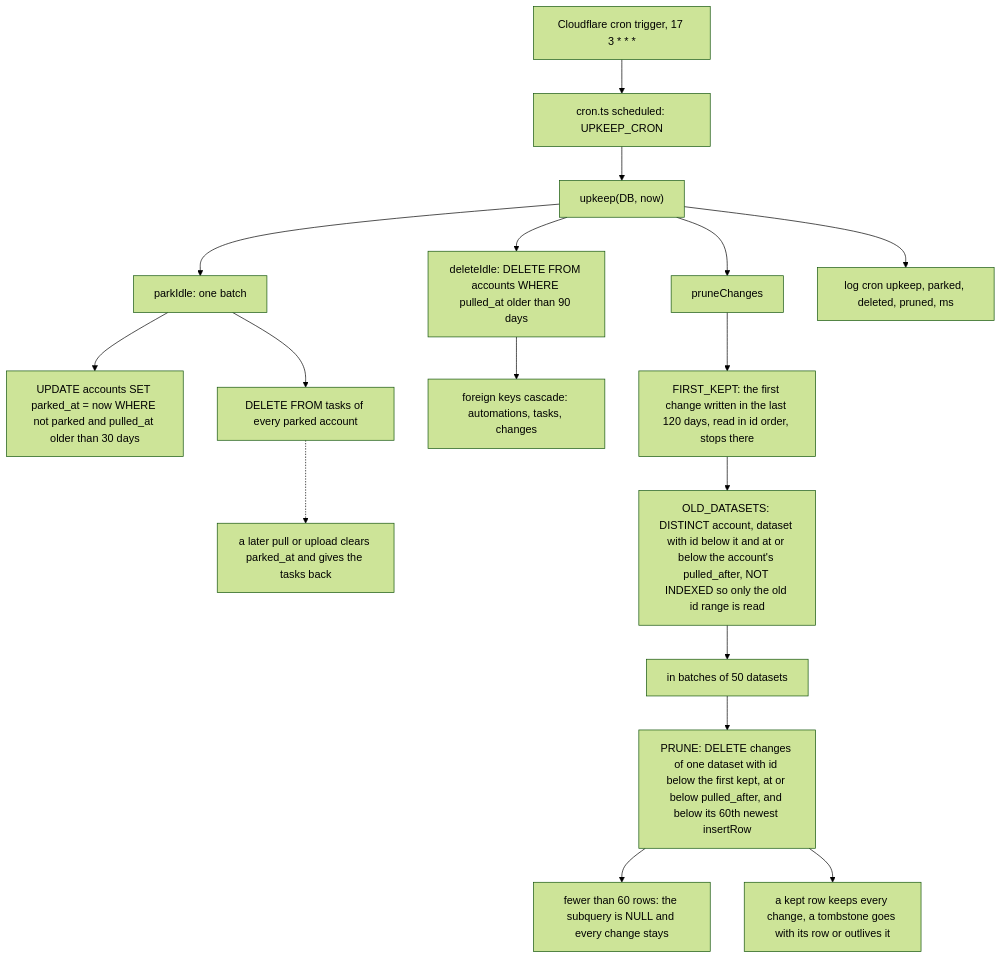
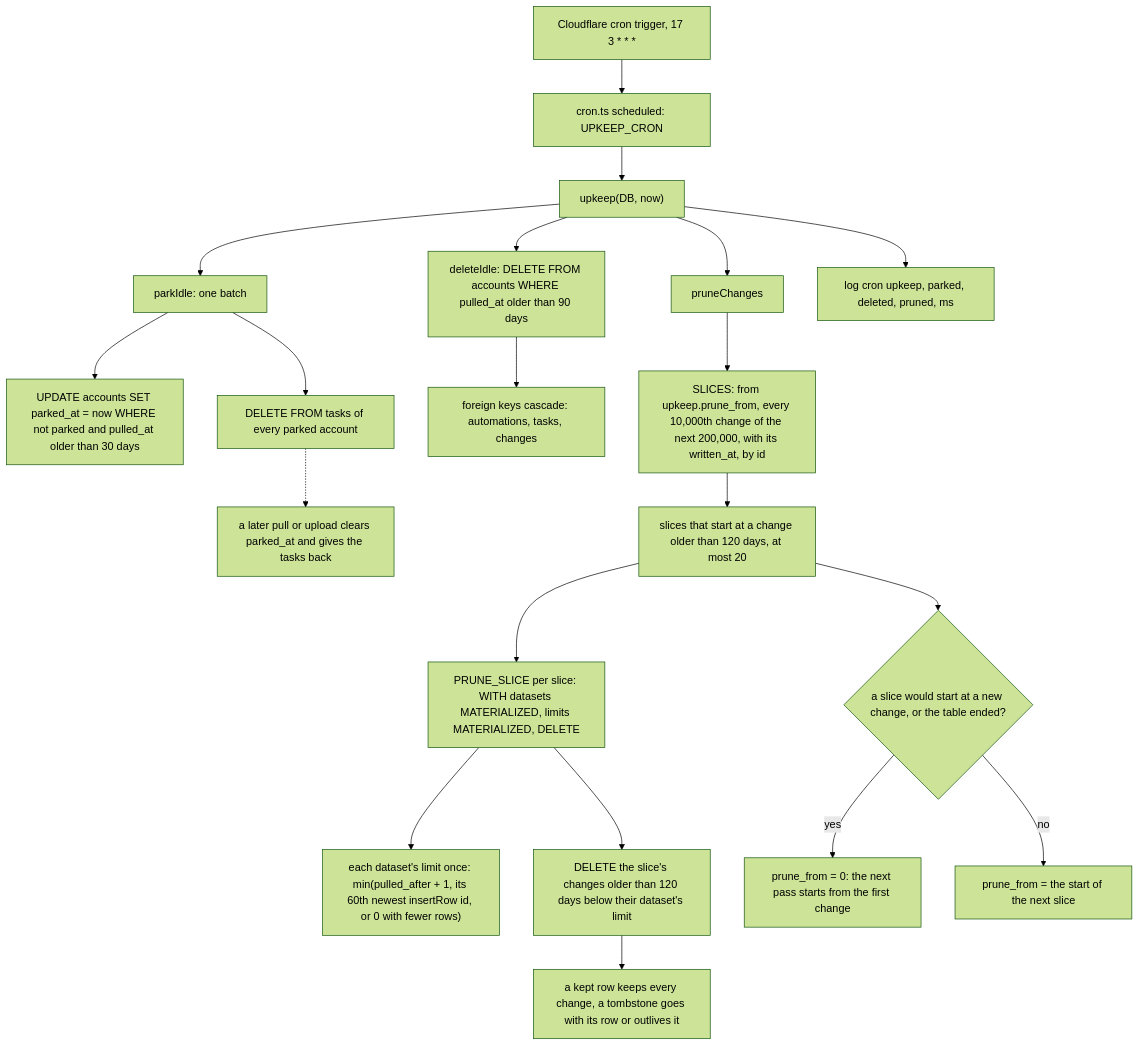
One commit to Krutik460/Widgie changed the fourth of 5 diagrams in docs/pr/25-phase-3-p3-runner.md. Above: the diagram before and after it, drawn with Mermaid (forest theme). The commit also changed other lines of this file, not shown here.

Commit message:
Bring the PR 25 review guide up to the review fixes: one task of an automation at a time, attempts counted when a run starts, no lone surrogate on the wire, a written repeat, the scaled token cap, the sliced prune, and the new vectors

````diff
--- a/docs/pr/25-phase-3-p3-runner.md
+++ b/docs/pr/25-phase-3-p3-runner.md
@@ -205,19 +224,22 @@
 ```mermaid
 flowchart TD
   CF["Cloudflare cron trigger, 17 3 * * *"] --> DISP["cron.ts scheduled: UPKEEP_CRON"]
   DISP --> UPK["upkeep(DB, now)"]
   UPK --> PARK["parkIdle: one batch"]
   PARK --> P1["UPDATE accounts SET parked_at = now WHERE not parked and pulled_at older than 30 days"]
   PARK --> P2["DELETE FROM tasks of every parked account"]
   P2 -.-> REARM["a later pull or upload clears parked_at and gives the tasks back"]
   UPK --> DELI["deleteIdle: DELETE FROM accounts WHERE pulled_at older than 90 days"]
   DELI --> CASC["foreign keys cascade: automations, tasks, changes"]
   UPK --> PRUNE["pruneChanges"]
-  PRUNE --> FK["FIRST_KEPT: the first change written in the last 120 days, read in id order, stops there"]
-  FK --> OD["OLD_DATASETS: DISTINCT account, dataset with id below it and at or below the account's pulled_after, NOT INDEXED so only the old id range is read"]
-  OD --> BATCH["in batches of 50 datasets"]
-  BATCH --> PR["PRUNE: DELETE changes of one dataset with id below the first kept, at or below pulled_after, and below its 60th newest insertRow"]
-  PR --> KEEP["fewer than 60 rows: the subquery is NULL and every change stays"]
-  PR --> WHOLE["a kept row keeps every change, a tombstone goes with its row or outlives it"]
+  PRUNE --> SL["SLICES: from upkeep.prune_from, every 10,000th change of the next 200,000, with its written_at, by id"]
+  SL --> CNT["slices that start at a change older than 120 days, at most 20"]
+  CNT --> PS["PRUNE_SLICE per slice: WITH datasets MATERIALIZED, limits MATERIALIZED, DELETE"]
+  PS --> LIM["each dataset's limit once: min(pulled_after + 1, its 60th newest insertRow id, or 0 with fewer rows)"]
+  PS --> DEL["DELETE the slice's changes older than 120 days below their dataset's limit"]
+  DEL --> WHOLE["a kept row keeps every change, a tombstone goes with its row or outlives it"]
+  CNT --> PLACE{"a slice would start at a new change, or the table ended?"}
+  PLACE -->|"yes"| WRAP["prune_from = 0: the next pass starts from the first change"]
+  PLACE -->|"no"| ON["prune_from = the start of the next slice"]
   UPK --> LOG["log cron upkeep, parked, deleted, pruned, ms"]
 ```
````
